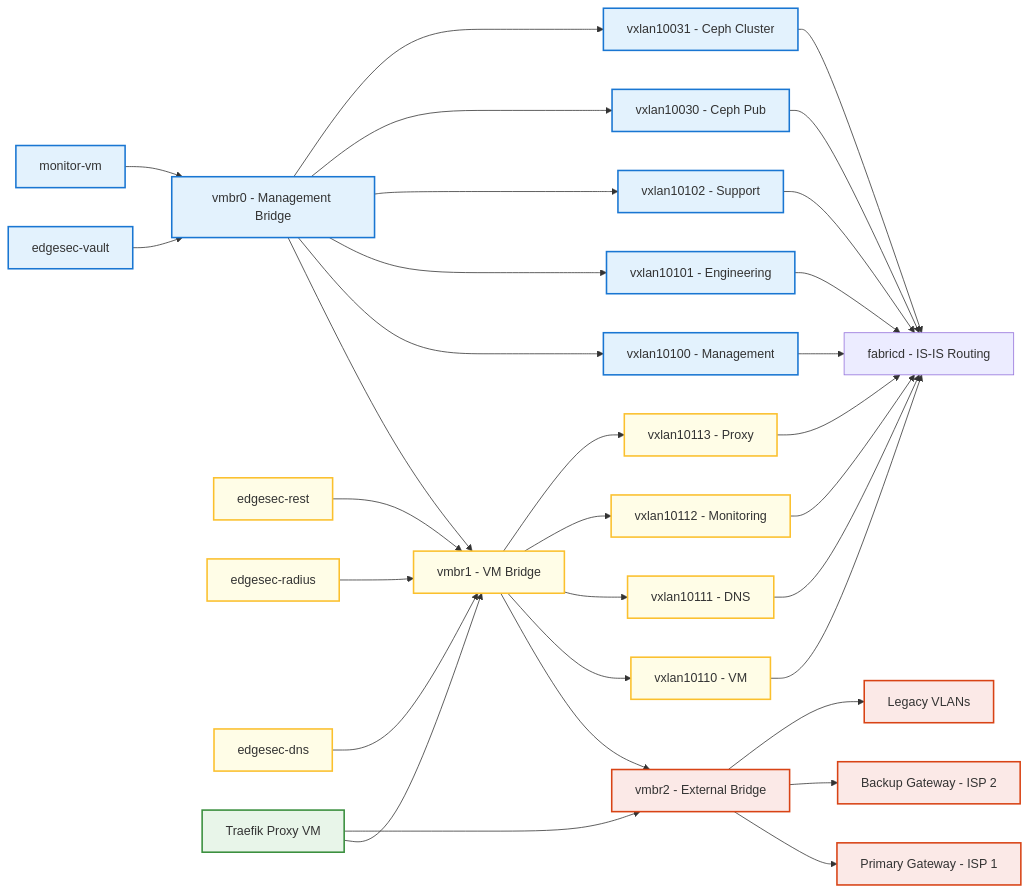
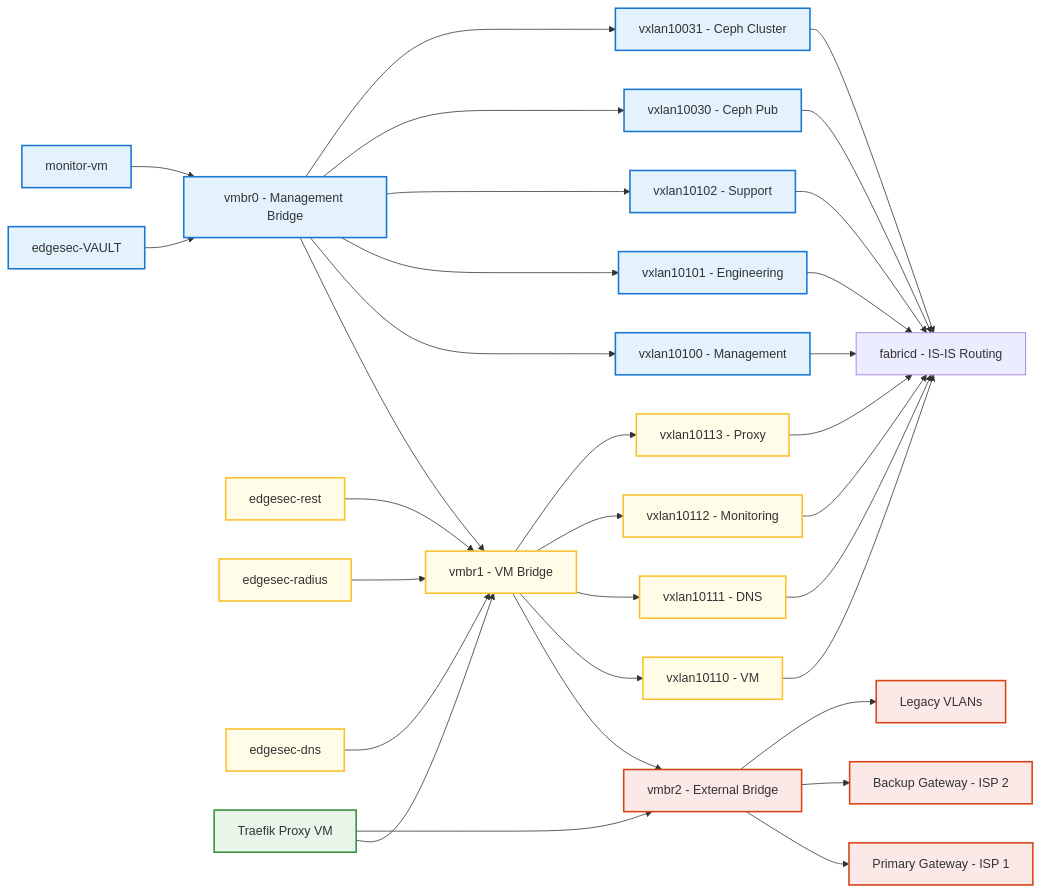
The diagram in README.md (CEP-Comwell/proxmox_addons), drawn with Mermaid before and after one commit. The commit also changed other lines of this file and 7 other files, not shown here.

Commit message:
updated edgesec-VAULT

```diff
--- a/README.md
+++ b/README.md
@@ -64,7 +64,7 @@
 	ExtBridge[vmbr2 - External Bridge]
 
 	%% Services
-	VaultVM[edgesec-vault]
+	VaultVM[edgesec-VAULT]
 	MonitorVM[monitor-vm]
 	RestVM[edgesec-rest]
 	RadiusVM[edgesec-radius]
```
